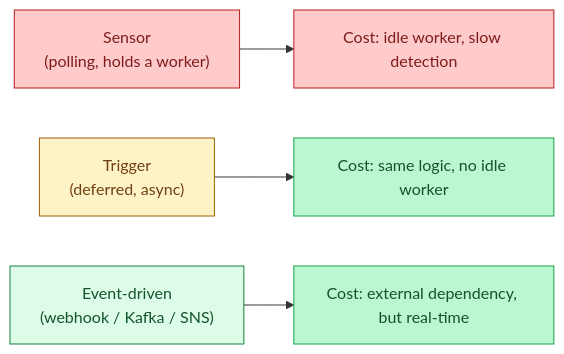
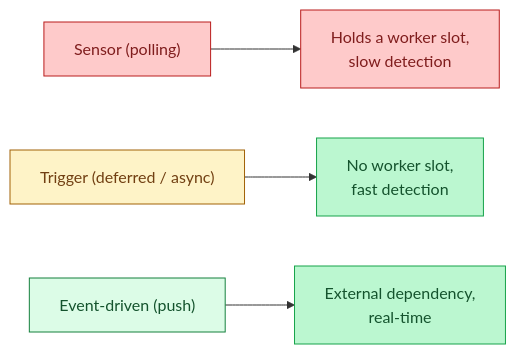
The first of 4 diagrams in _de_concepts/044-sensors-vs-triggers.md (shiningflash/shiningflash.github.io), drawn with Mermaid before and after one commit. The commit also changed other lines of this file and 69 other files, not shown here.

````diff
--- a/_de_concepts/044-sensors-vs-triggers.md
+++ b/_de_concepts/044-sensors-vs-triggers.md
@@ -12,12 +12,12 @@
 ```mermaid
 flowchart LR
-    Sen["Sensor<br/>(polling, holds a worker)"]:::r --> Cost1["Cost: idle worker, slow detection"]:::bad
-    Tri["Trigger<br/>(deferred, async)"]:::y --> Cost2["Cost: same logic, no idle worker"]:::ok
-    Evt["Event-driven<br/>(webhook / Kafka / SNS)"]:::g --> Cost3["Cost: external dependency, but real-time"]:::ok
+    Sen["Sensor (polling)"]:::r --> Cost1["Holds a worker slot,<br/>slow detection"]:::bad
+    Tri["Trigger (deferred / async)"]:::y --> Cost2["No worker slot,<br/>fast detection"]:::ok
+    Evt["Event-driven (push)"]:::g --> Cost3["External dependency,<br/>real-time"]:::ok
 
     classDef r fill:#fecaca,stroke:#b91c1c,color:#7f1d1d
     classDef y fill:#fef3c7,stroke:#a16207,color:#713f12
     classDef g fill:#dcfce7,stroke:#15803d,color:#14532d
     classDef bad fill:#fecaca,stroke:#b91c1c,color:#7f1d1d
     classDef ok fill:#bbf7d0,stroke:#16a34a,color:#14532d
 ```
````
